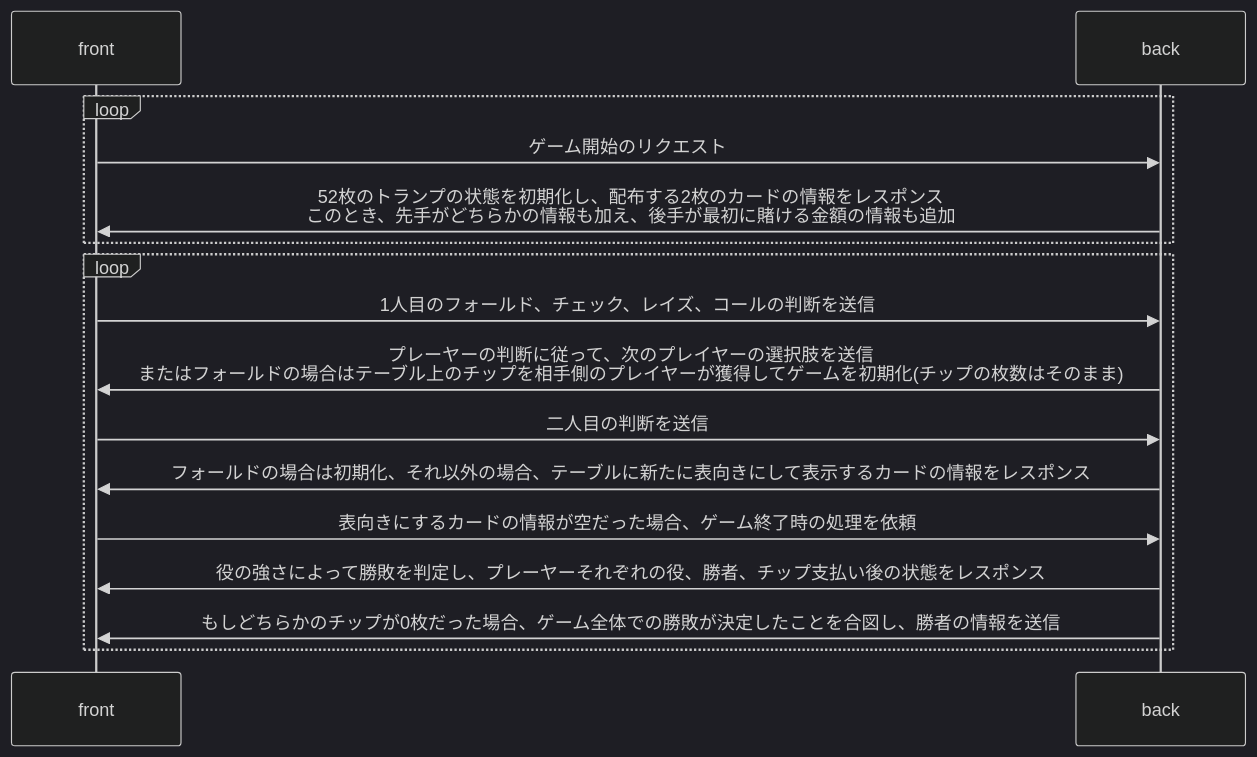
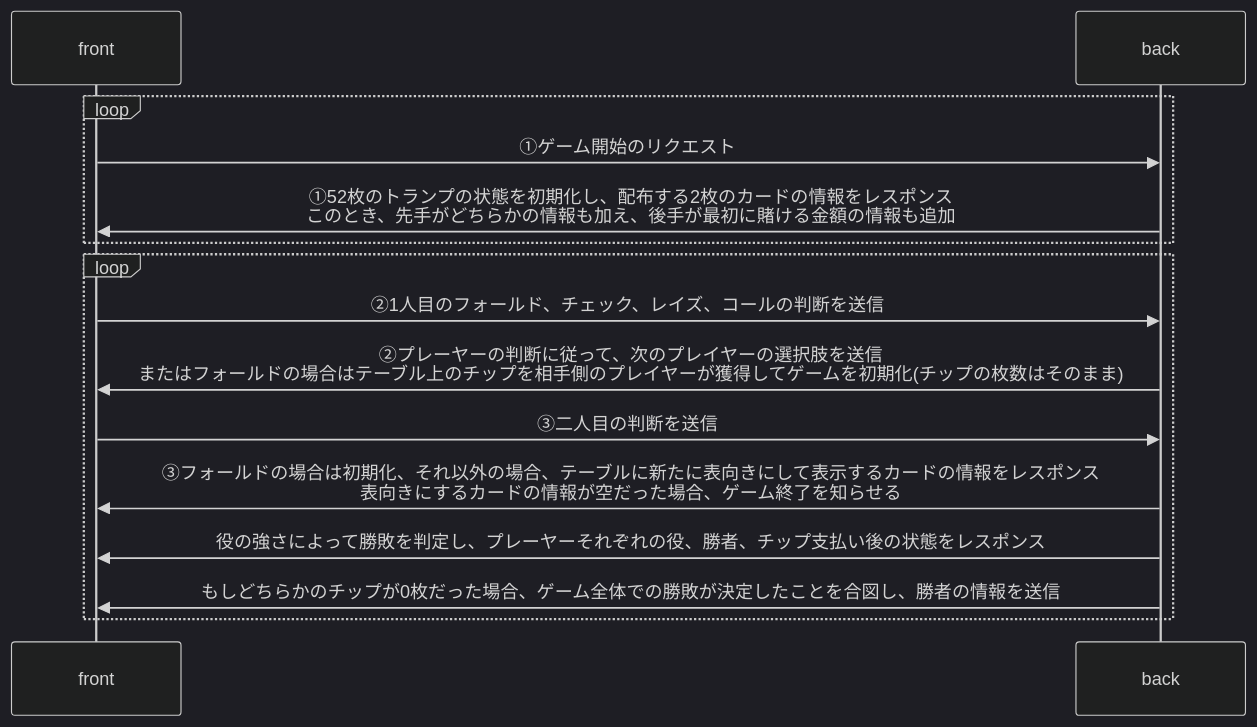
The diagram in 設計.markdown (Zuckerbird/Poker-Web-app), drawn with Mermaid (dark theme) before and after one commit.

Commit message:
設計　SDの修正

````diff
--- a/設計.markdown
+++ b/設計.markdown
@@ -4,20 +4,19 @@
 ```mermaid
 sequenceDiagram
     participant front
     participant back
     loop
-        front->>back:ゲーム開始のリクエスト
-        back->>front:52枚のトランプの状態を初期化し、配布する2枚のカードの情報をレスポンス<br/>このとき、先手がどちらかの情報も加え、後手が最初に賭ける金額の情報も追加
+        front->>back:➀ゲーム開始のリクエスト
+        back->>front:➀52枚のトランプの状態を初期化し、配布する2枚のカードの情報をレスポンス<br/>このとき、先手がどちらかの情報も加え、後手が最初に賭ける金額の情報も追加
     end
 
     loop
-        front->>back:1人目のフォールド、チェック、レイズ、コールの判断を送信
-        back->>front:プレーヤーの判断に従って、次のプレイヤーの選択肢を送信<br/>またはフォールドの場合はテーブル上のチップを相手側のプレイヤーが獲得してゲームを初期化(チップの枚数はそのまま)
-        front->>back:二人目の判断を送信
-        back->>front:フォールドの場合は初期化、それ以外の場合、テーブルに新たに表向きにして表示するカードの情報をレスポンス
-        front->>back:表向きにするカードの情報が空だった場合、ゲーム終了時の処理を依頼
+        front->>back:➁1人目のフォールド、チェック、レイズ、コールの判断を送信
+        back->>front:➁プレーヤーの判断に従って、次のプレイヤーの選択肢を送信<br/>またはフォールドの場合はテーブル上のチップを相手側のプレイヤーが獲得してゲームを初期化(チップの枚数はそのまま)
+        front->>back:➂二人目の判断を送信
+        back->>front:➂フォールドの場合は初期化、それ以外の場合、テーブルに新たに表向きにして表示するカードの情報をレスポンス<br/>表向きにするカードの情報が空だった場合、ゲーム終了を知らせる
         back->>front:役の強さによって勝敗を判定し、プレーヤーそれぞれの役、勝者、チップ支払い後の状態をレスポンス
         back->>front:もしどちらかのチップが0枚だった場合、ゲーム全体での勝敗が決定したことを合図し、勝者の情報を送信
     end
 
 ```
````
